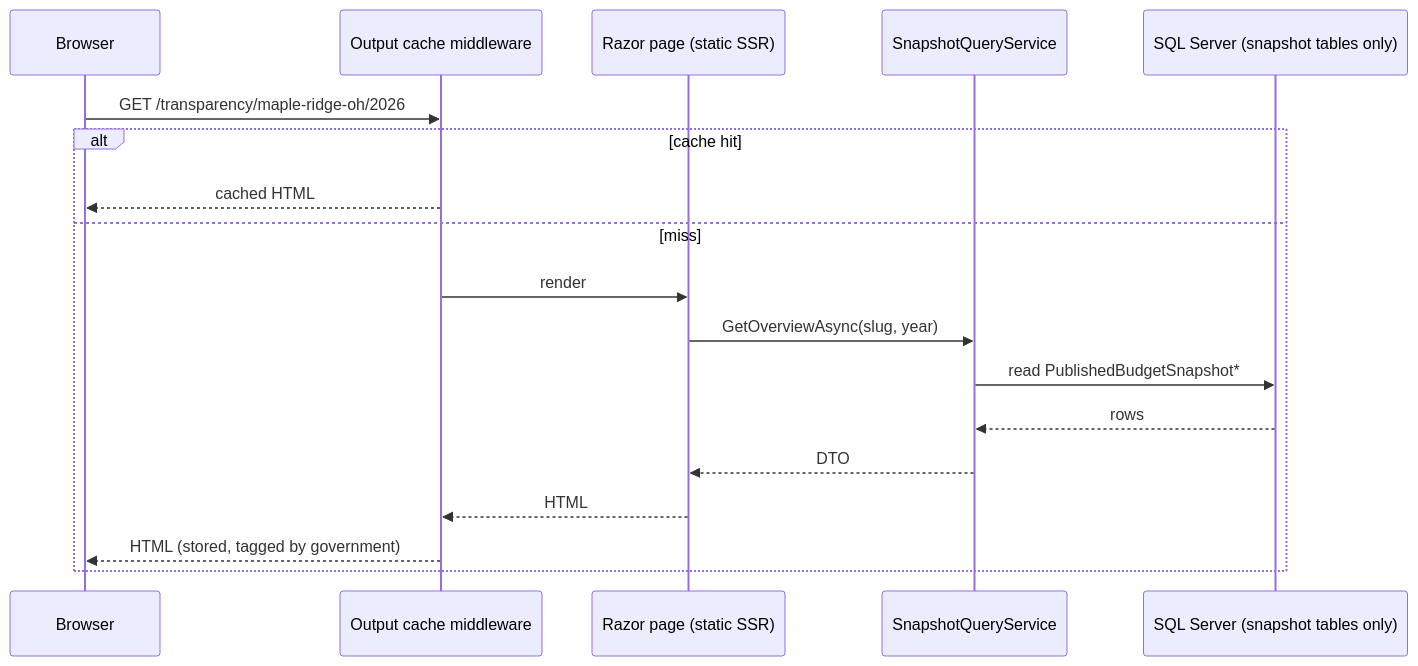
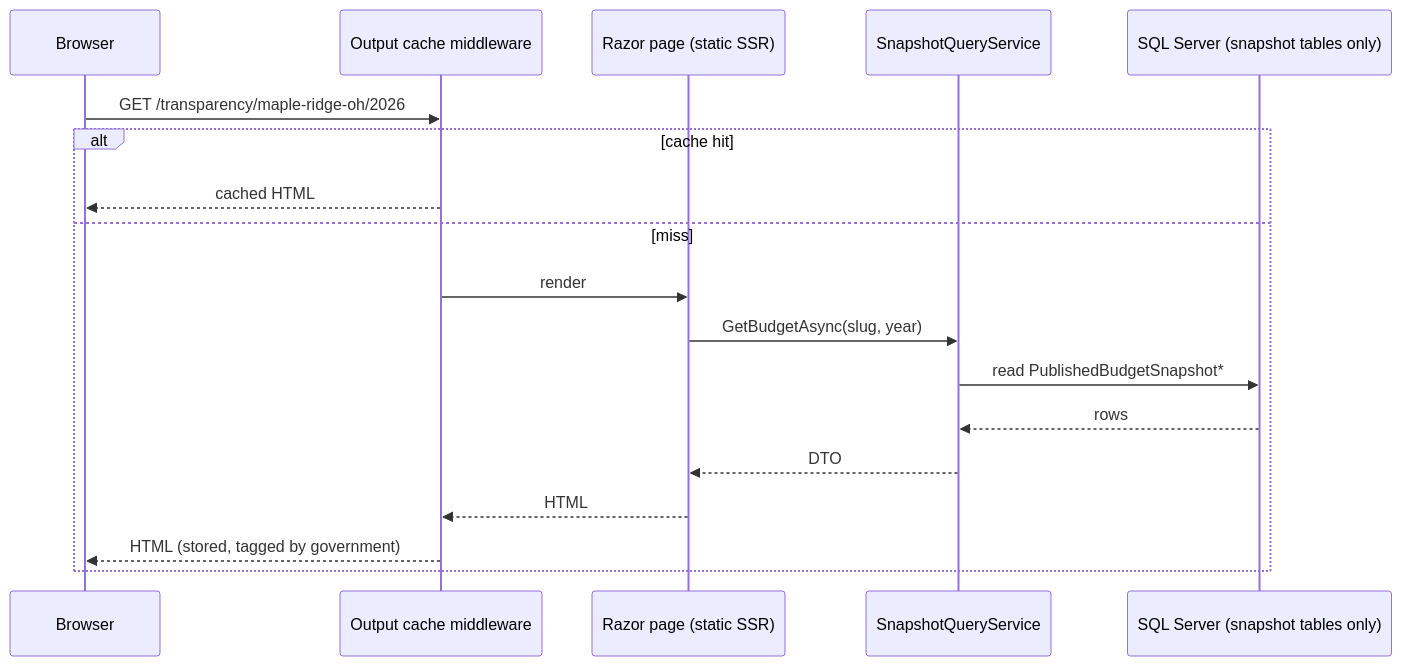
Before and after one commit to SpencerSmithSite/civic-budget: the third of 6 diagrams in docs/ARCHITECTURE.md, drawn with Mermaid. The commit also changed other lines of this file and 7 other files, not shown here.

Commit message:
docs: walkthrough 06 (public portal), ADR-0021, interview prep, roadmap, changelog, gotchas

````diff
--- a/docs/ARCHITECTURE.md
+++ b/docs/ARCHITECTURE.md
@@ -90,20 +90,20 @@
 ```mermaid
 sequenceDiagram
   participant B as Browser
   participant M as Output cache middleware
   participant P as Razor page (static SSR)
   participant Q as SnapshotQueryService
   participant DB as SQL Server (snapshot tables only)
   B->>M: GET /transparency/maple-ridge-oh/2026
   alt cache hit
     M-->>B: cached HTML
   else miss
     M->>P: render
-    P->>Q: GetOverviewAsync(slug, year)
+    P->>Q: GetBudgetAsync(slug, year)
     Q->>DB: read PublishedBudgetSnapshot*
     DB-->>Q: rows
     Q-->>P: DTO
     P-->>M: HTML
     M-->>B: HTML (stored, tagged by government)
   end
 ```
````
